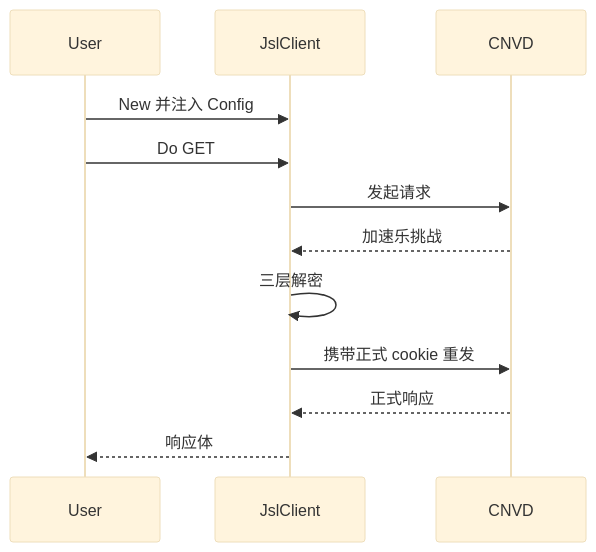
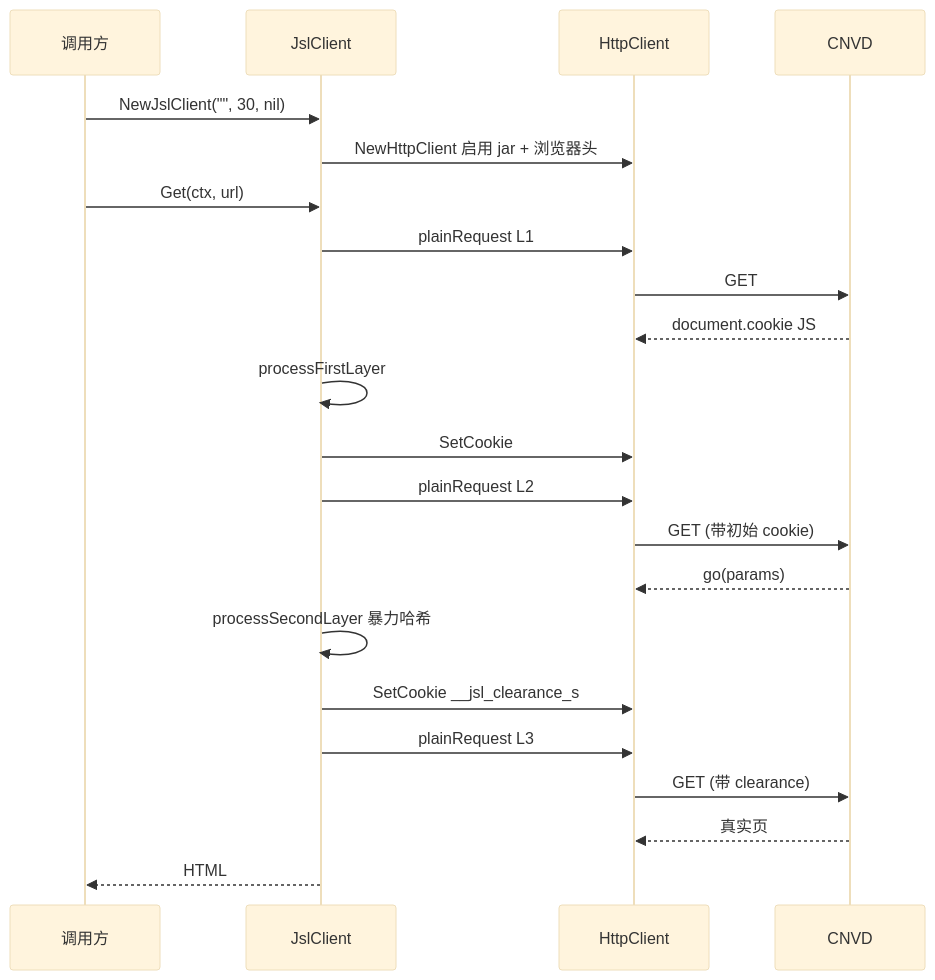
Before and after one commit to scagogogo/cnvd-skills: the diagram in website/docs/api-gojsl/examples/basic-get.md, drawn with Mermaid (base theme). The commit also changed other lines of this file and 66 other files, not shown here.

````diff
--- a/website/docs/api-gojsl/examples/basic-get.md
+++ b/website/docs/api-gojsl/examples/basic-get.md
@@ -13,14 +17,24 @@
 ```mermaid
 sequenceDiagram
-    participant User
-    participant JslClient
+    participant U as 调用方
+    participant J as JslClient
+    participant H as HttpClient
     participant CNVD
-    User->>JslClient: New 并注入 Config
-    User->>JslClient: Do GET
-    JslClient->>CNVD: 发起请求
-    CNVD-->>JslClient: 加速乐挑战
-    JslClient->>JslClient: 三层解密
-    JslClient->>CNVD: 携带正式 cookie 重发
-    CNVD-->>JslClient: 正式响应
-    JslClient-->>User: 响应体
+    U->>J: NewJslClient("", 30, nil)
+    J->>H: NewHttpClient 启用 jar + 浏览器头
+    U->>J: Get(ctx, url)
+    J->>H: plainRequest L1
+    H->>CNVD: GET
+    CNVD-->>H: document.cookie JS
+    J->>J: processFirstLayer
+    J->>H: SetCookie
+    J->>H: plainRequest L2
+    H->>CNVD: GET (带初始 cookie)
+    CNVD-->>H: go(params)
+    J->>J: processSecondLayer 暴力哈希
+    J->>H: SetCookie __jsl_clearance_s
+    J->>H: plainRequest L3
+    H->>CNVD: GET (带 clearance)
+    CNVD-->>H: 真实页
+    J-->>U: HTML
 ```
````
